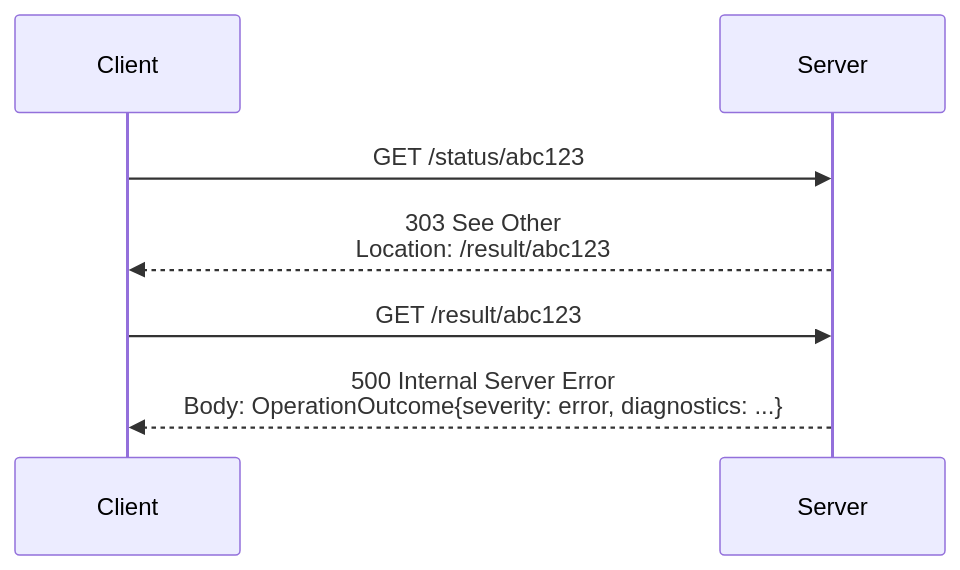
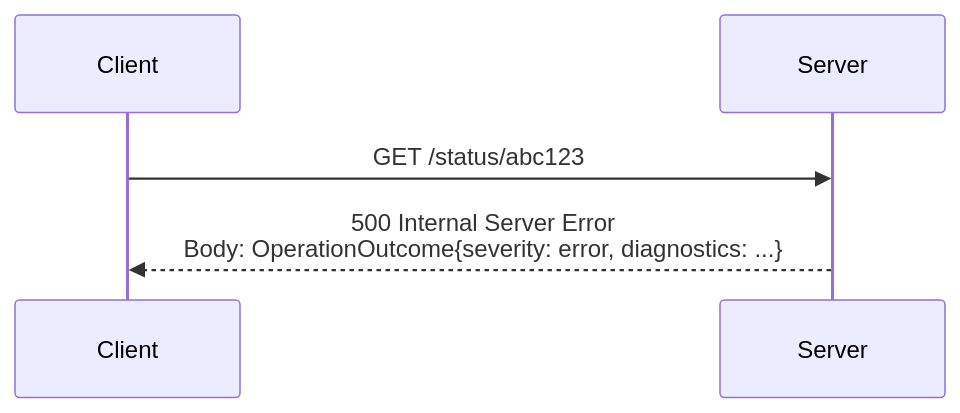
The third of 3 diagrams in input/pagecontent/OperationDefinition-SQLQueryExport-notes.md (HL7/sql-on-fhir), drawn with Mermaid before and after one commit. The commit also changed other lines of this file and 9 other files, not shown here.

````diff
--- a/input/pagecontent/OperationDefinition-SQLQueryExport-notes.md
+++ b/input/pagecontent/OperationDefinition-SQLQueryExport-notes.md
@@ -77,10 +71,8 @@
 ```mermaid
 sequenceDiagram
     participant C as Client
     participant S as Server
 
     C->>S: GET /status/abc123
-    S-->>C: 303 See Other<br/>Location: /result/abc123
-    C->>S: GET /result/abc123
     S-->>C: 500 Internal Server Error<br/>Body: OperationOutcome{severity: error, diagnostics: ...}
 ```
````
